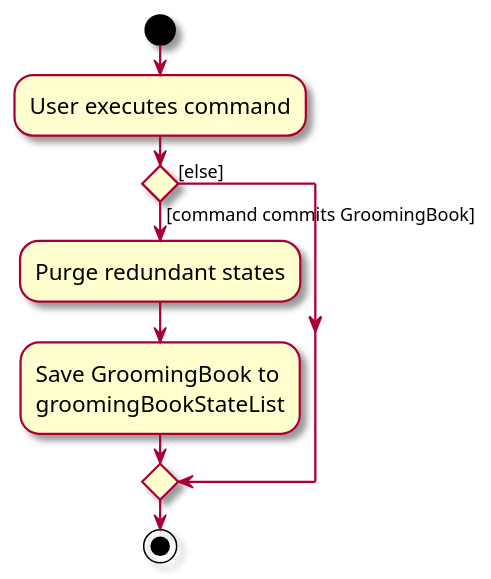
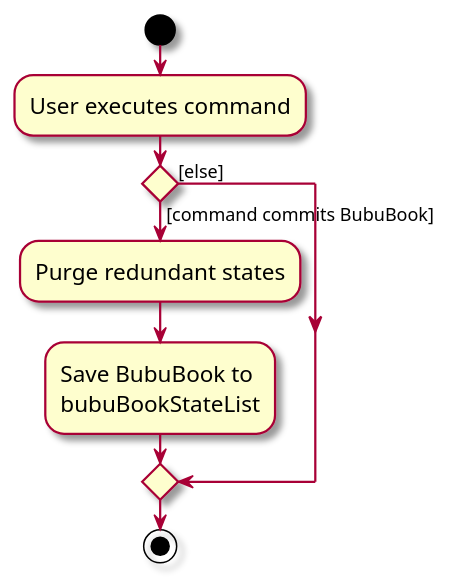
One commit to 0218hy/tp changed the diagram in docs/diagrams/CommitActivityDiagram.puml. Above: the diagram before and after it, drawn with PlantUML. The commit also changed 64 other files, not shown here.

Commit message:
Update GroomingBook to BubuBook

```diff
--- a/docs/diagrams/CommitActivityDiagram.puml
+++ b/docs/diagrams/CommitActivityDiagram.puml
@@ -1,18 +1,18 @@
 @startuml
 skin rose
 skinparam ActivityFontSize 15
 skinparam ArrowFontSize 12
 start
 :User executes command;
 
 'Since the beta syntax does not support placing the condition outside the
 'diamond we place it as the true branch instead.
 
-if () then ([command commits GroomingBook])
+if () then ([command commits BubuBook])
     :Purge redundant states;
-    :Save GroomingBook to
-    groomingBookStateList;
+    :Save BubuBook to
+    bubuBookStateList;
 else ([else])
 endif
 stop
 @enduml
```
